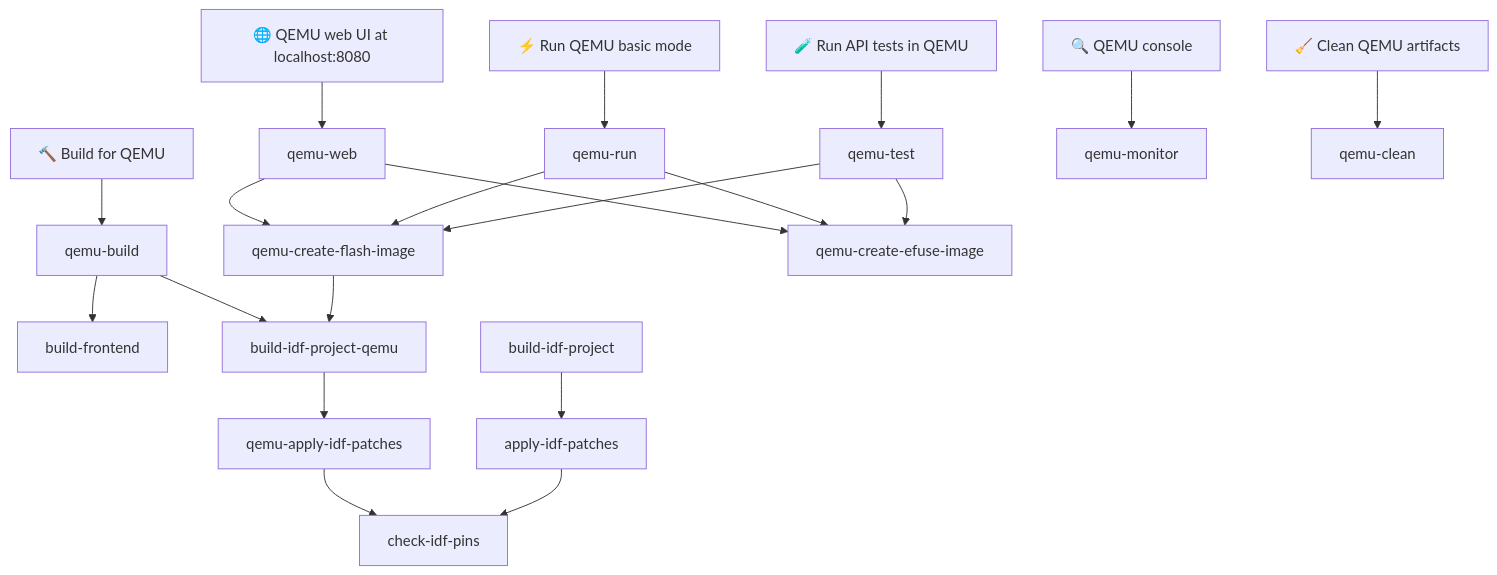
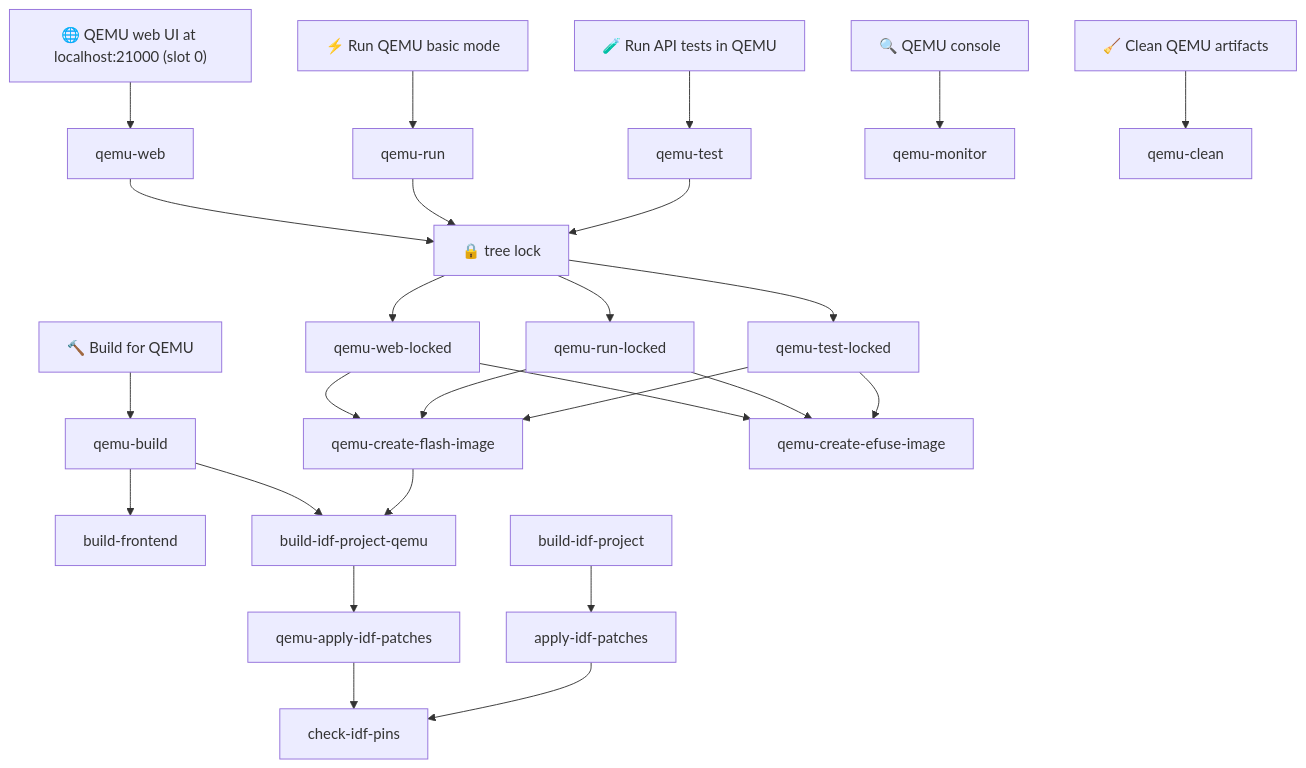
The second of 2 diagrams in README.md (wirenboard/wb-mge), drawn with Mermaid before and after one commit. The commit also changed other lines of this file and 2 other files, not shown here.

First line of the commit message:
docs(readme): rewrite the test-run section, checked from a fresh clone

````diff
--- a/README.md
+++ b/README.md
@@ -284,24 +287,31 @@
 ```mermaid
 graph TD
     BQ["🔨 Build for QEMU"] --> qemu-build
-    W["🌐 QEMU web UI at localhost:8080"] --> qemu-web
+    W["🌐 QEMU web UI at localhost:21000 (slot 0)"] --> qemu-web
     T["🧪 Run API tests in QEMU"] --> qemu-test
     R["⚡ Run QEMU basic mode"] --> qemu-run
     MC["🔍 QEMU console"] --> qemu-monitor
     CQ["🧹 Clean QEMU artifacts"] --> qemu-clean
 
     qemu-build --> build-frontend
     qemu-build --> build-idf-project-qemu
 
-    qemu-web --> qemu-create-flash-image
-    qemu-web --> qemu-create-efuse-image
-    qemu-run --> qemu-create-flash-image
-    qemu-run --> qemu-create-efuse-image
-    qemu-test --> qemu-create-flash-image
-    qemu-test --> qemu-create-efuse-image
+    qemu-web --> L1["🔒 tree lock"]
+    qemu-run --> L1
+    qemu-test --> L1
+    L1 --> qemu-web-locked
+    L1 --> qemu-run-locked
+    L1 --> qemu-test-locked
+
+    qemu-web-locked --> qemu-create-flash-image
+    qemu-web-locked --> qemu-create-efuse-image
+    qemu-run-locked --> qemu-create-flash-image
+    qemu-run-locked --> qemu-create-efuse-image
+    qemu-test-locked --> qemu-create-flash-image
+    qemu-test-locked --> qemu-create-efuse-image
     qemu-create-flash-image --> build-idf-project-qemu
     build-idf-project-qemu --> qemu-apply-idf-patches
     build-idf-project --> apply-idf-patches
     qemu-apply-idf-patches --> check-idf-pins
     apply-idf-patches --> check-idf-pins
 ```
````
